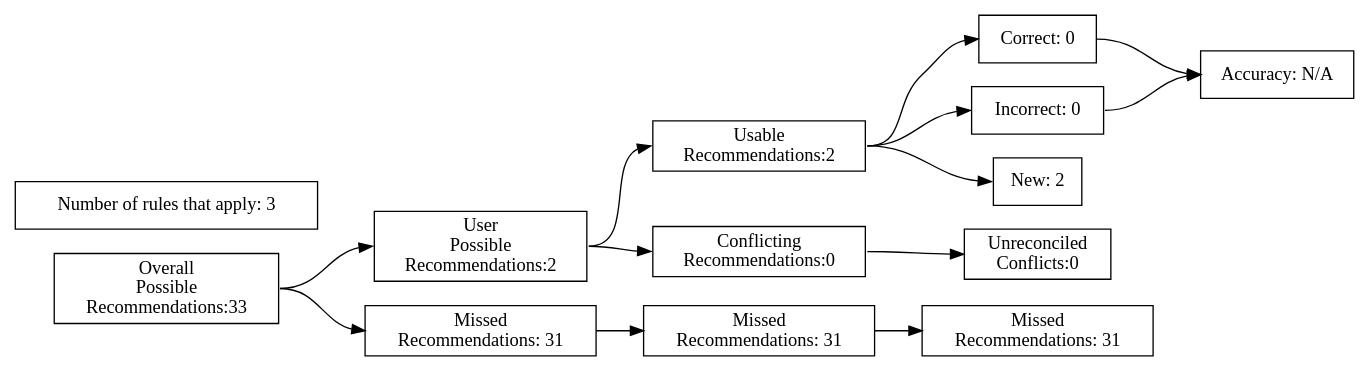
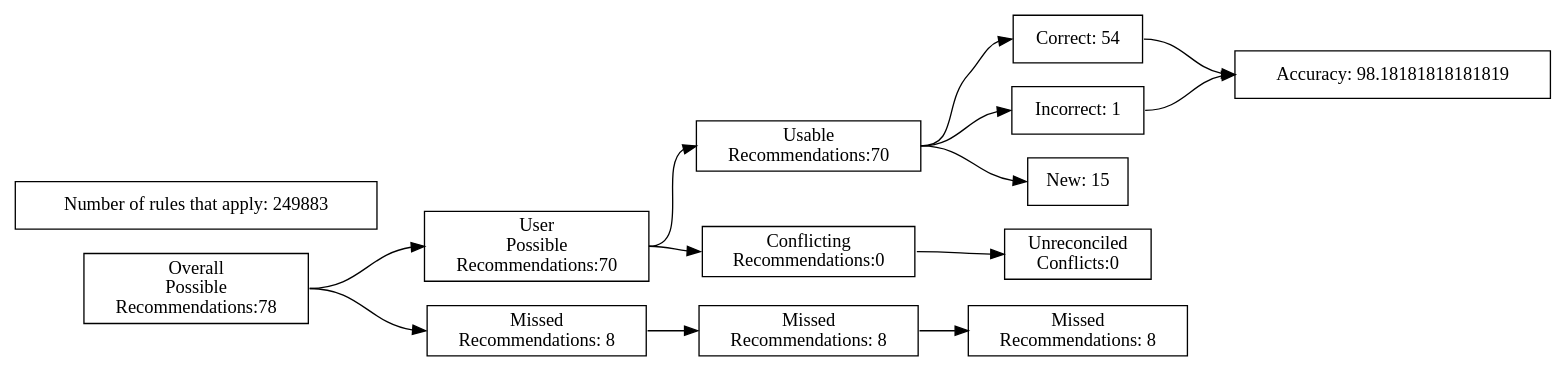
One commit to ZaxR/ibd_diet_analysis changed the diagram in test_renders/108.gv. Above: the diagram before and after it, drawn with Graphviz. The commit also changed 231 other files, not shown here.

```diff
--- a/test_renders/108.gv
+++ b/test_renders/108.gv
@@ -1,40 +1,40 @@
 digraph {
 	graph [rankdir=LR]
 	node [pos=r shape=box]
 	edge [headport=w tailport=e]
 		A [label="Overall
 Possible
-Recommendations:33"]
+Recommendations:78"]
 		B [label="User
 Possible
-Recommendations:2"]
+Recommendations:70"]
 		C [label="Missed
-Recommendations: 31"]
+Recommendations: 8"]
 		D [label="Usable
-Recommendations:2"]
+Recommendations:70"]
 		E [label="Conflicting
 Recommendations:0"]
 		J [label="Missed
-Recommendations: 31"]
+Recommendations: 8"]
 		M [label="Unreconciled
 Conflicts:0"]
-		F [label="Correct: 0"]
-		G [label="Incorrect: 0"]
-		H [label="New: 2"]
+		F [label="Correct: 54"]
+		G [label="Incorrect: 1"]
+		H [label="New: 15"]
 		K [label="Missed
-Recommendations: 31"]
-		I [label="Accuracy: N/A"]
-		l [label="Number of rules that apply: 3"]
+Recommendations: 8"]
+		I [label="Accuracy: 98.18181818181819"]
+		l [label="Number of rules that apply: 249883"]
 			A -> B
 			A -> C
 			B -> D
 			B -> E
 			D -> F
 			D -> G
 			D -> H
 			F -> I
 			G -> I
 			C -> J
 			J -> K
 			E -> M
 }
```
